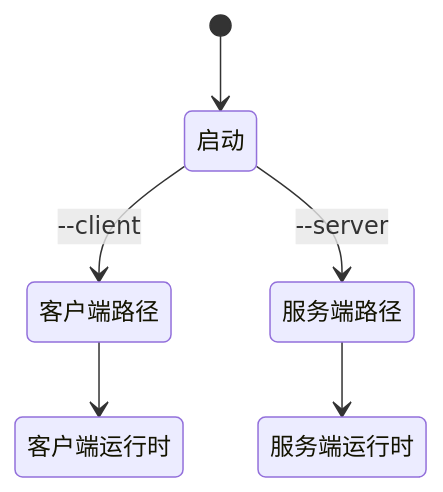
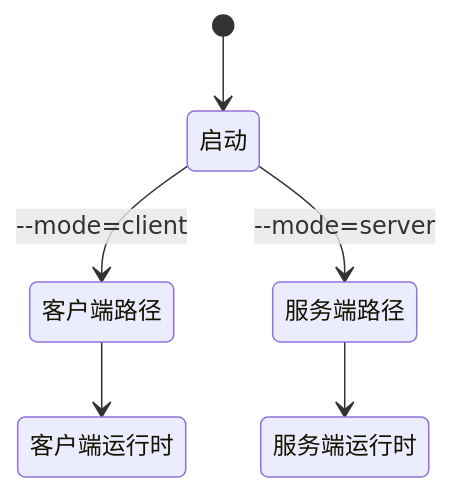
One commit to HyacinthHaru/openppp2 changed the second of 2 diagrams in docs/STARTUP_AND_LIFECYCLE_CN.md. Above: the diagram before and after it, drawn with Mermaid. The commit also changed 8 other files, not shown here.

````diff
--- a/docs/STARTUP_AND_LIFECYCLE_CN.md
+++ b/docs/STARTUP_AND_LIFECYCLE_CN.md
@@ -56,8 +56,8 @@
 ```mermaid
 stateDiagram-v2
     [*] --> 启动
-    启动 --> 客户端路径: --client
-    启动 --> 服务端路径: --server
+    启动 --> 客户端路径: --mode=client
+    启动 --> 服务端路径: --mode=server
     客户端路径 --> 客户端运行时
     服务端路径 --> 服务端运行时
 ```
````
